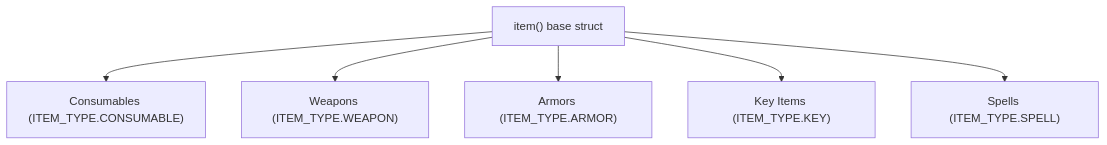
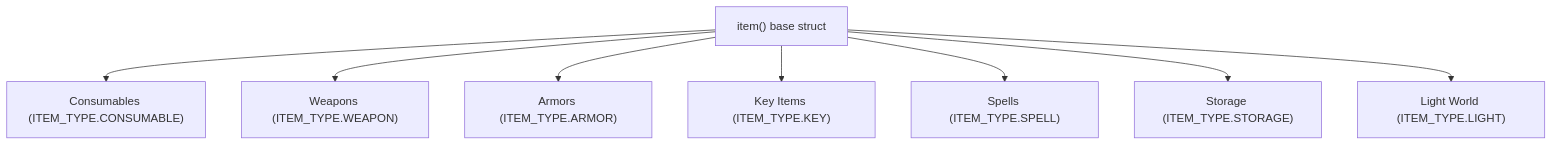
Before and after one commit to profsergiocosta/tldr-handbook: the diagram in docs/systems/items-and-equipment.md, drawn with Mermaid. The commit also changed other lines of this file and 25 other files, not shown here.

````diff
--- a/docs/systems/items-and-equipment.md
+++ b/docs/systems/items-and-equipment.md
@@ -13,8 +13,10 @@
 ```mermaid
 graph TD
     A["item() base struct"] --> B["Consumables (ITEM_TYPE.CONSUMABLE)"]
     A --> C["Weapons (ITEM_TYPE.WEAPON)"]
     A --> D["Armors (ITEM_TYPE.ARMOR)"]
     A --> E["Key Items (ITEM_TYPE.KEY)"]
     A --> F["Spells (ITEM_TYPE.SPELL)"]
+    A --> G["Storage (ITEM_TYPE.STORAGE)"]
+    A --> H["Light World (ITEM_TYPE.LIGHT)"]
 ```
````
